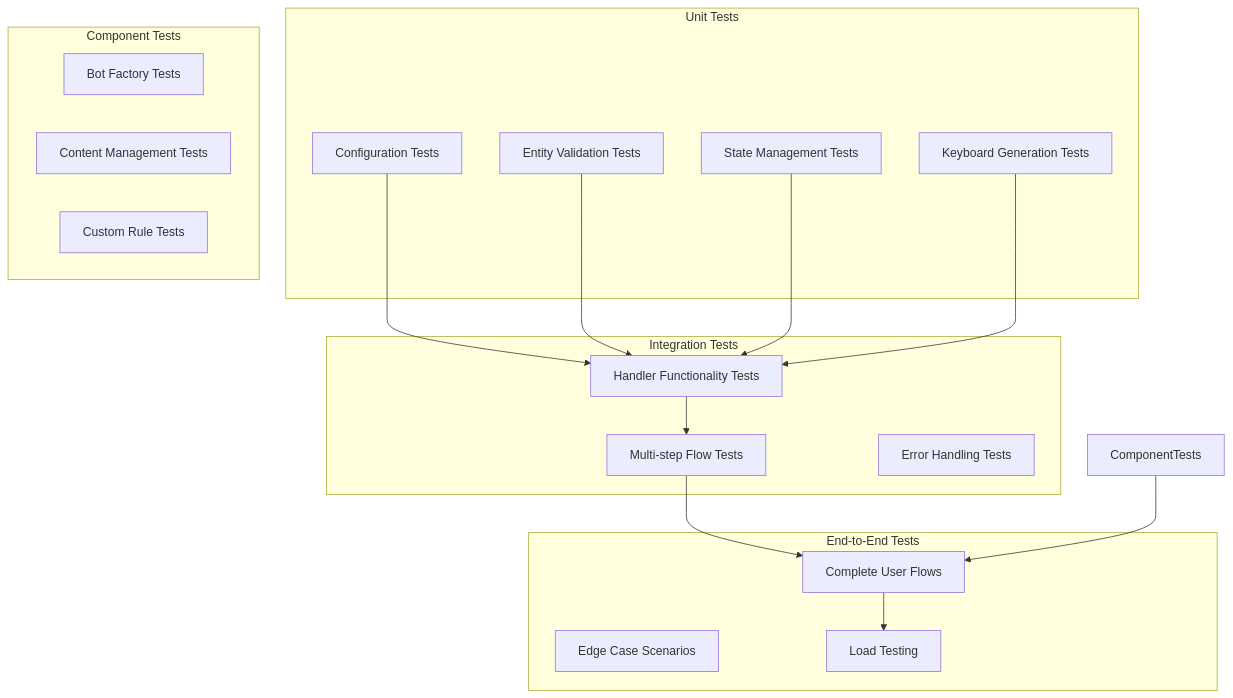
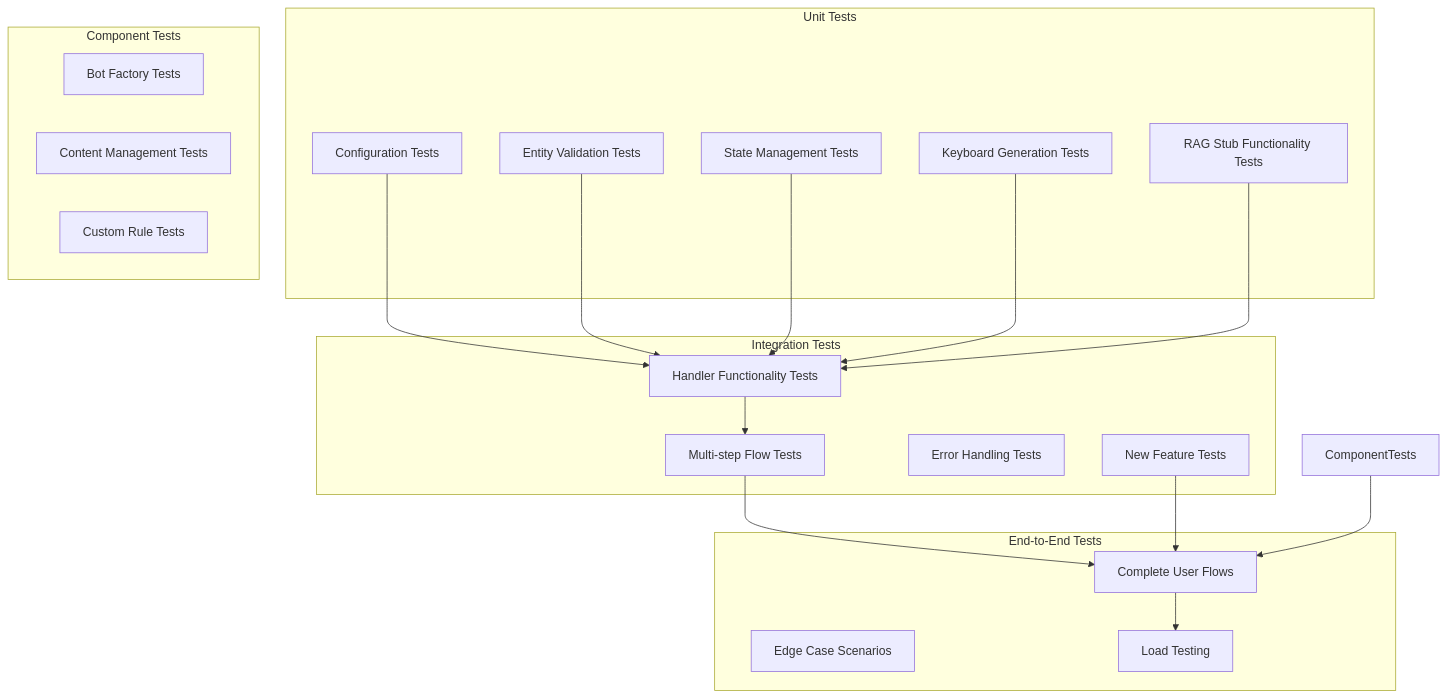
One commit to ognelis/cafetera_hr_bot changed diagram 12 of 12 in .qoder/repowiki/en/content/VK Integration/HR Request Processing System.md. Above: the diagram before and after it, drawn with Mermaid. The commit also changed other lines of this file and 14 other files, not shown here.

````diff
--- a/.qoder/repowiki/en/content/VK Integration/HR Request Processing System.md
+++ b/.qoder/repowiki/en/content/VK Integration/HR Request Processing System.md
@@ -623,32 +692,36 @@
 ```mermaid
 graph TB
 subgraph "Unit Tests"
 ConfigTest[Configuration Tests]
 EntityTests[Entity Validation Tests]
 StateTests[State Management Tests]
 KeyboardTests[Keyboard Generation Tests]
+RAGStubTests[RAG Stub Functionality Tests]
 end
 subgraph "Integration Tests"
 HandlerTests[Handler Functionality Tests]
 FlowTests[Multi-step Flow Tests]
 ErrorTests[Error Handling Tests]
+FeatureTests[New Feature Tests]
 end
 subgraph "Component Tests"
 BotFactoryTests[Bot Factory Tests]
 ContentTests[Content Management Tests]
 RuleTests[Custom Rule Tests]
 end
 subgraph "End-to-End Tests"
 CompleteFlows[Complete User Flows]
 EdgeCases[Edge Case Scenarios]
 PerformanceTests[Load Testing]
 end
 ConfigTest --> HandlerTests
 EntityTests --> HandlerTests
 StateTests --> HandlerTests
 KeyboardTests --> HandlerTests
+RAGStubTests --> HandlerTests
 HandlerTests --> FlowTests
 FlowTests --> CompleteFlows
 ComponentTests --> CompleteFlows
 CompleteFlows --> PerformanceTests
+FeatureTests --> CompleteFlows
 ```
````
